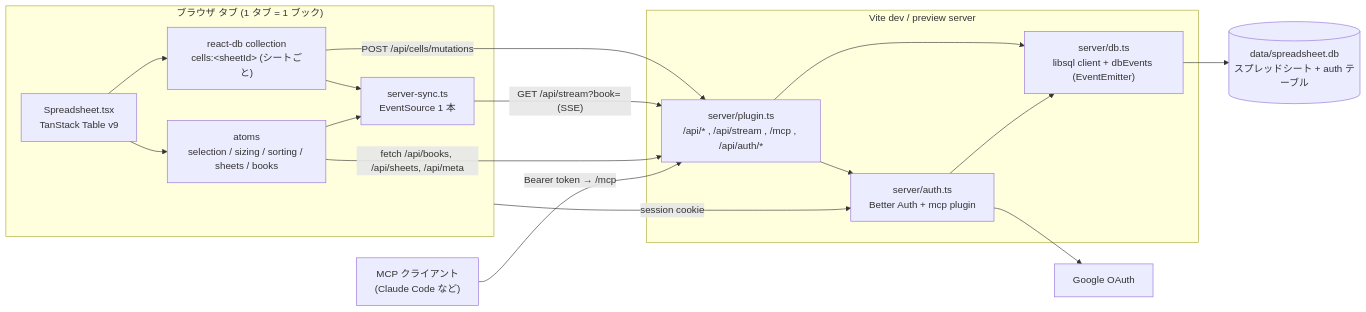
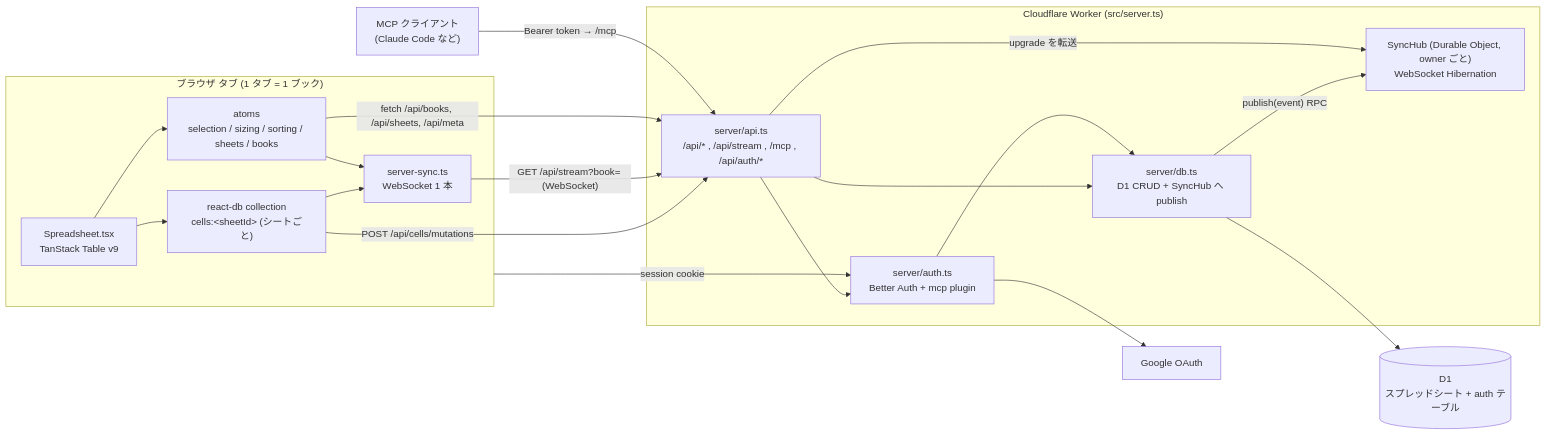
Before and after one commit to mittsmasa/tanstack-spreadsheet: the first of 2 diagrams in ARCHITECTURE.md, drawn with Mermaid. The commit also changed other lines of this file and 22 other files, not shown here.

First line of the commit message:
Cloudflare Workers + Durable Objects + D1 にデプロイできる構成へ移行

````diff
--- a/ARCHITECTURE.md
+++ b/ARCHITECTURE.md
@@ -28,34 +28,37 @@
 ```mermaid
 flowchart LR
   subgraph Browser["ブラウザ タブ (1 タブ = 1 ブック)"]
     UI["Spreadsheet.tsx<br/>TanStack Table v9"]
     Atoms["atoms<br/>selection / sizing / sorting / sheets / books"]
     Coll["react-db collection<br/>cells:&lt;sheetId&gt; (シートごと)"]
-    Sync["server-sync.ts<br/>EventSource 1 本"]
+    Sync["server-sync.ts<br/>WebSocket 1 本"]
     UI --> Atoms
     UI --> Coll
     Coll --> Sync
     Atoms --> Sync
   end
 
-  subgraph Server["Vite dev / preview server"]
-    Plugin["server/plugin.ts<br/>/api/* , /api/stream , /mcp , /api/auth/*"]
-    DB["server/db.ts<br/>libsql client + dbEvents (EventEmitter)"]
+  subgraph Server["Cloudflare Worker (src/server.ts)"]
+    Plugin["server/api.ts<br/>/api/* , /api/stream , /mcp , /api/auth/*"]
+    DB["server/db.ts<br/>D1 CRUD + SyncHub へ publish"]
     Auth["server/auth.ts<br/>Better Auth + mcp plugin"]
+    Hub["SyncHub (Durable Object, owner ごと)<br/>WebSocket Hibernation"]
     Plugin --> DB
     Plugin --> Auth
     Auth --> DB
+    DB -- "publish(event) RPC" --> Hub
+    Plugin -- "upgrade を転送" --> Hub
   end
 
-  SQLite[("data/spreadsheet.db<br/>スプレッドシート + auth テーブル")]
+  SQLite[("D1<br/>スプレッドシート + auth テーブル")]
   MCPClient["MCP クライアント<br/>(Claude Code など)"]
   Google["Google OAuth"]
 
   Coll -- "POST /api/cells/mutations" --> Plugin
-  Sync -- "GET /api/stream?book= (SSE)" --> Plugin
+  Sync -- "GET /api/stream?book= (WebSocket)" --> Plugin
   Atoms -- "fetch /api/books, /api/sheets, /api/meta" --> Plugin
   MCPClient -- "Bearer token → /mcp" --> Plugin
   Browser -- "session cookie" --> Auth
   Auth --> Google
   DB --> SQLite
 ```
````
